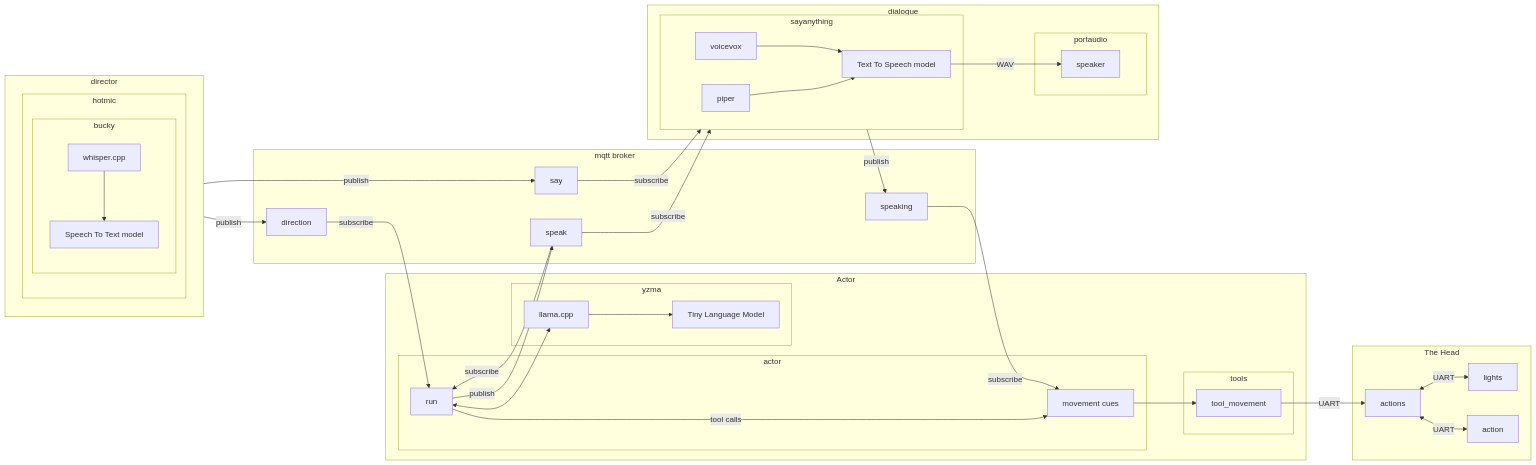
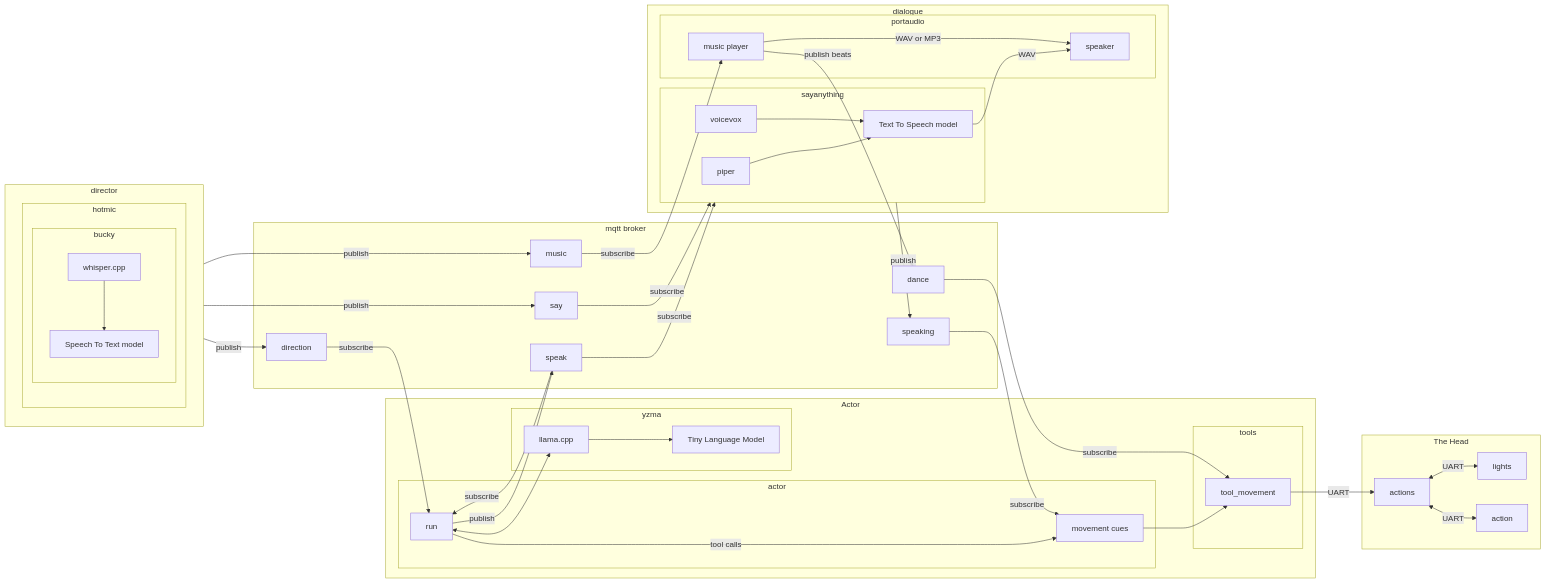
The sixth of 6 diagrams in README.md (talkingheads2053/talkingheads), drawn with Mermaid before and after one commit. The commit also changed other lines of this file and 6 other files, not shown here.

````diff
--- a/README.md
+++ b/README.md
@@ -171,56 +184,63 @@
 ```mermaid
 flowchart LR
 subgraph The Head
     actions<-- UART -->lights
     actions<-- UART -->action
 end
 subgraph mqtt broker
     direction
     speak
     say
     speaking
+    music
+    dance
 end
 subgraph Actor
     subgraph actor
         run
         cues[movement cues]
     end
     subgraph tools
         movement[tool_movement]
         movement-- UART -->actions
     end
     subgraph yzma
         run<-->llama.cpp
         llama.cpp-->model[Tiny Language Model]
     end
     direction-- subscribe -->run
     run-- publish -->speak
     speak-- subscribe -->run
     run-- tool calls -->cues
     speaking-- subscribe -->cues
     cues-->movement
+    dance-- subscribe -->movement
 end
 subgraph dialogue
     speak-- subscribe -->sayanything
     say-- subscribe -->sayanything
+    music-- subscribe -->songs[music player]
     subgraph sayanything
         piper-->tts[Text To Speech model]
         voicevox-->tts
     end
     subgraph portaudio
         tts-- WAV -->speaker
+        songs-- WAV or MP3 -->speaker
     end
     sayanything-- publish -->speaking
+    songs-- publish beats -->dance
 end
 subgraph director
     hotmic
 end
 subgraph hotmic
     subgraph bucky
         whisper.cpp
         whisper.cpp-->stt[Speech To Text model]
     end
 end
 director -- publish --> direction
 director -- publish --> say
+director -- publish --> music
 ```
````
